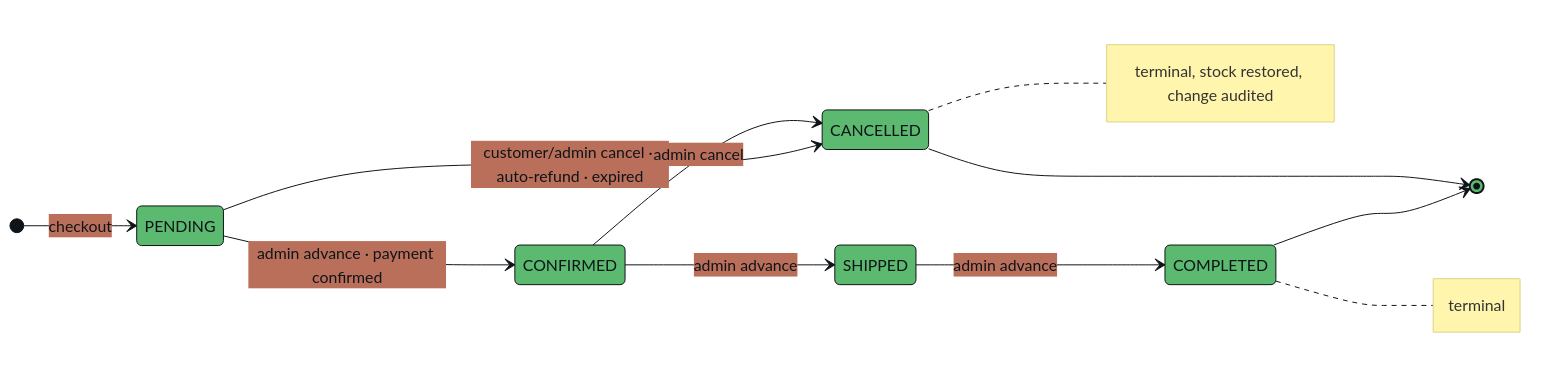
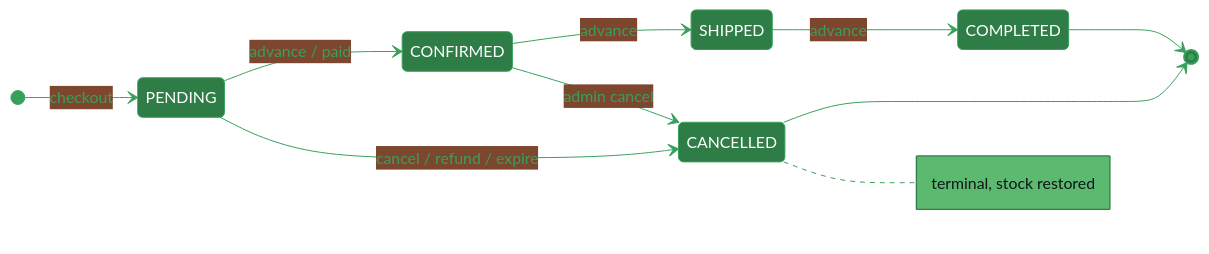
One commit to venixhq/venix changed the seventh of 7 diagrams in README.md. Above: the diagram before and after it, drawn with Mermaid. The commit also changed other lines of this file, not shown here.

````diff
--- a/README.md
+++ b/README.md
@@ -263,15 +318,17 @@
 ```mermaid
-%%{init: {'theme':'base','themeVariables':{'primaryColor':'#5BBA6F','primaryTextColor':'#0F1419','primaryBorderColor':'#0F1419','lineColor':'#0F1419','fontFamily':'ui-sans-serif, system-ui, sans-serif'}}}%%
+%%{init: {'theme':'base','themeVariables':{'primaryColor':'#2E7D46','primaryTextColor':'#FFFFFF','primaryBorderColor':'#37A05C','lineColor':'#37A05C','textColor':'#37A05C','noteBkgColor':'#5BBA6F','noteTextColor':'#0F1419','noteBorderColor':'#2E7D46','fontFamily':'ui-sans-serif, system-ui, sans-serif'}}}%%
 stateDiagram-v2
     direction LR
     [*] --> PENDING: checkout
-    PENDING --> CONFIRMED: admin advance · payment confirmed
-    CONFIRMED --> SHIPPED: admin advance
-    SHIPPED --> COMPLETED: admin advance
-    PENDING --> CANCELLED: customer/admin cancel · auto-refund · expired
+    PENDING --> CONFIRMED: advance / paid
+    CONFIRMED --> SHIPPED: advance
+    SHIPPED --> COMPLETED: advance
+    PENDING --> CANCELLED: cancel / refund / expire
     CONFIRMED --> CANCELLED: admin cancel
     COMPLETED --> [*]
     CANCELLED --> [*]
-    note right of COMPLETED: terminal
-    note right of CANCELLED: terminal, stock restored, change audited
+    note right of CANCELLED: terminal, stock restored
+
+    classDef st fill:#2E7D46,stroke:#37A05C,color:#FFFFFF;
+    class PENDING,CONFIRMED,SHIPPED,COMPLETED,CANCELLED st
 ```
````
